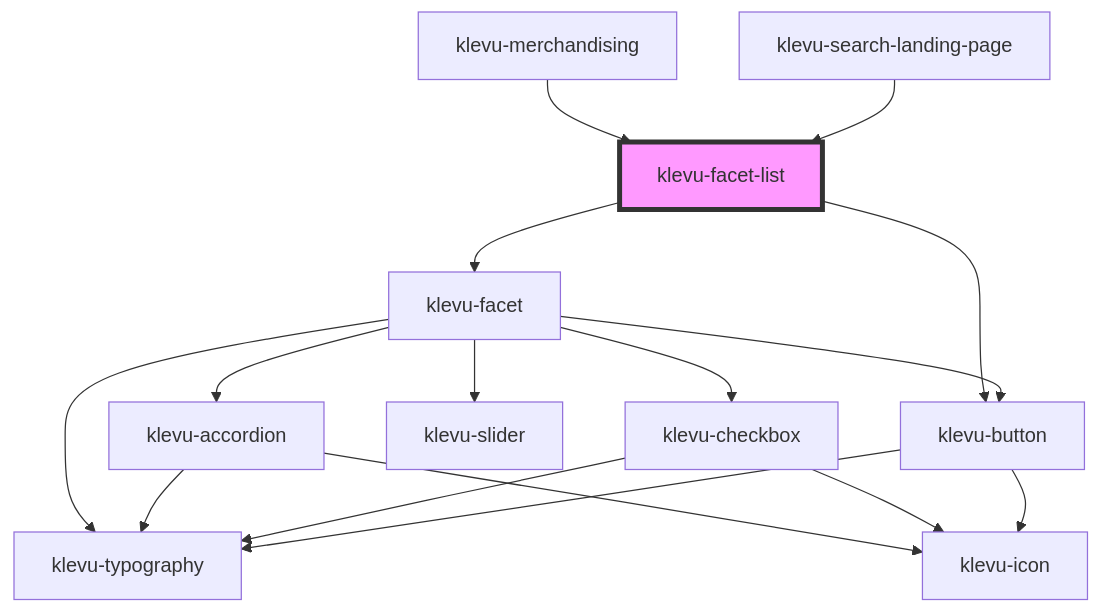
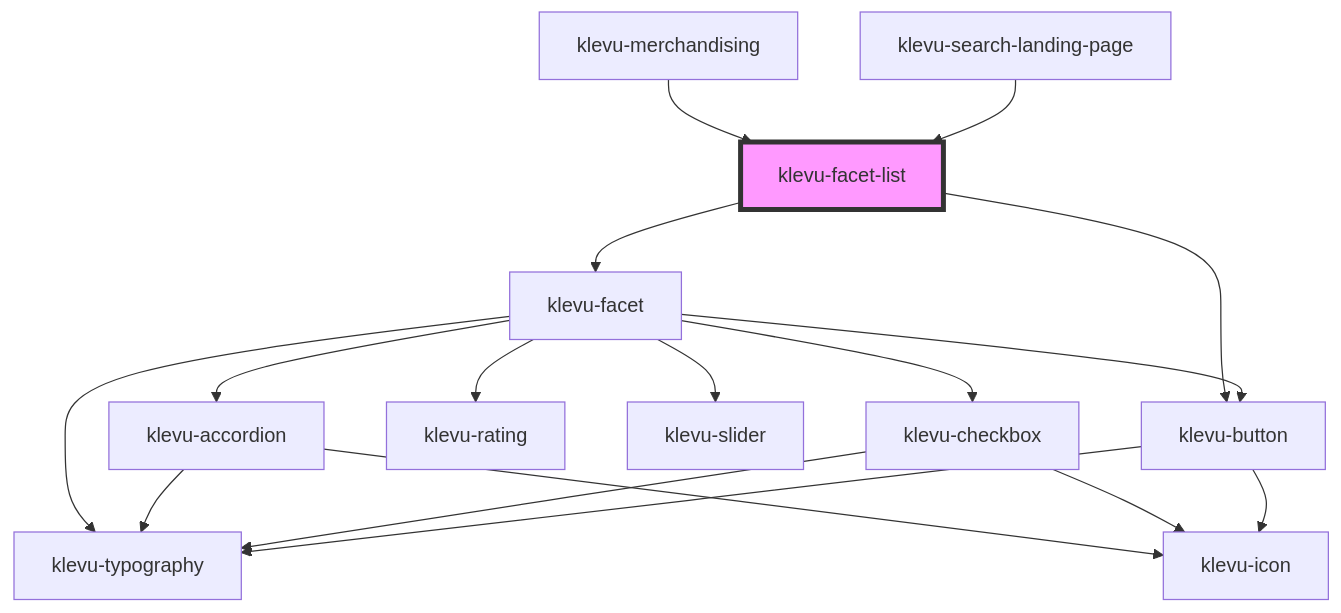
One commit to klevultd/frontend-sdk changed the diagram in packages/klevu-ui/src/components/klevu-facet-list/readme.md. Above: the diagram before and after it, drawn with Mermaid. The commit also changed 21 other files, not shown here.

````diff
--- a/packages/klevu-ui/src/components/klevu-facet-list/readme.md
+++ b/packages/klevu-ui/src/components/klevu-facet-list/readme.md
@@ -58,19 +58,20 @@
 ```mermaid
 graph TD;
   klevu-facet-list --> klevu-facet
   klevu-facet-list --> klevu-button
   klevu-facet --> klevu-accordion
+  klevu-facet --> klevu-rating
   klevu-facet --> klevu-typography
   klevu-facet --> klevu-slider
   klevu-facet --> klevu-checkbox
   klevu-facet --> klevu-button
   klevu-accordion --> klevu-typography
   klevu-accordion --> klevu-icon
   klevu-checkbox --> klevu-icon
   klevu-checkbox --> klevu-typography
   klevu-button --> klevu-icon
   klevu-button --> klevu-typography
   klevu-merchandising --> klevu-facet-list
   klevu-search-landing-page --> klevu-facet-list
   style klevu-facet-list fill:#f9f,stroke:#333,stroke-width:4px
 ```
````
